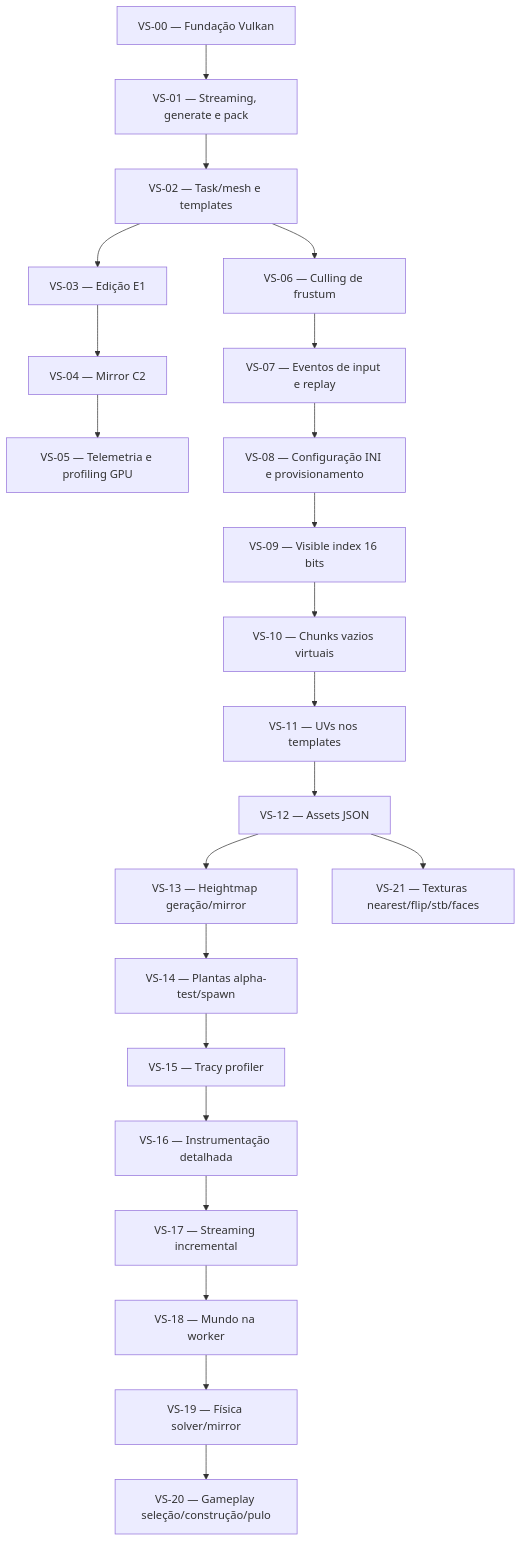
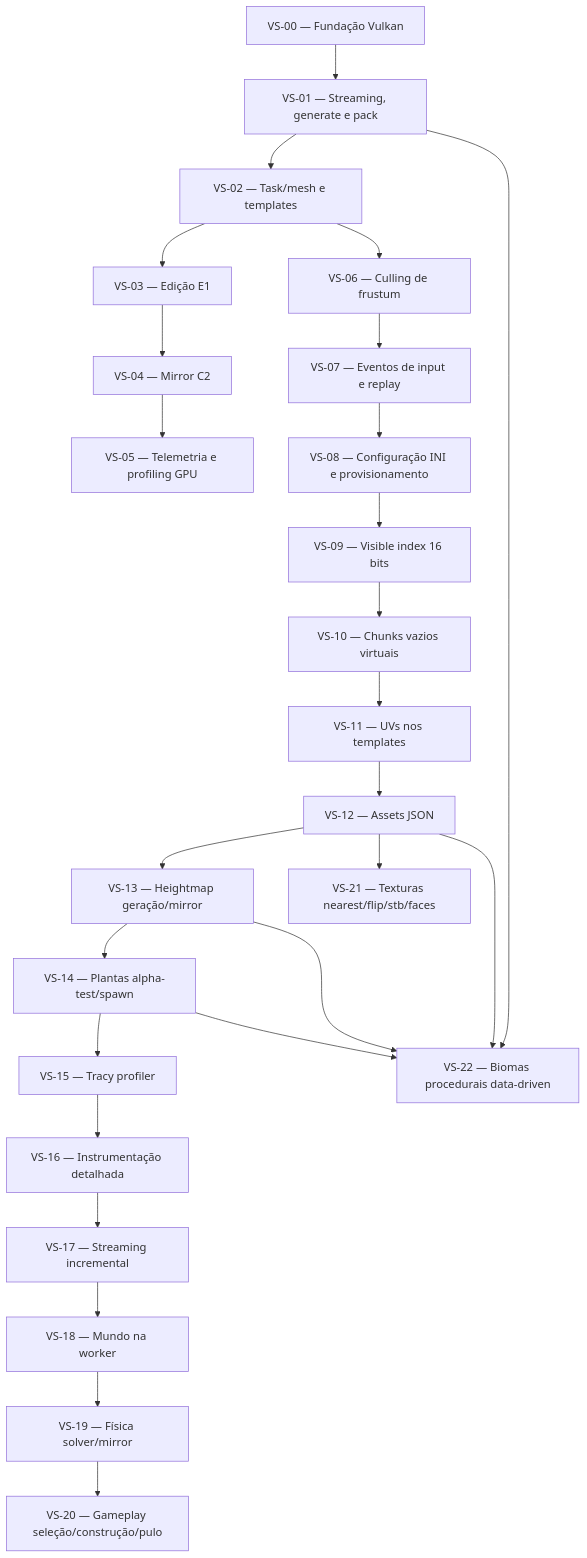
One commit to Ruannilton/vox changed the diagram in docs/obsidian/tracking/dependencias.md. Above: the diagram before and after it, drawn with Mermaid. The commit also changed other lines of this file and 7 other files, not shown here.

Commit message:
VS-22 — Biomas procedurais data-driven: spec elaborada (rascunho) e ADR-B12 registrada como pendente

````diff
--- a/docs/obsidian/tracking/dependencias.md
+++ b/docs/obsidian/tracking/dependencias.md
@@ -7,47 +7,52 @@
 ```mermaid
 graph TD
     VS00[VS-00 — Fundação Vulkan]
     VS01[VS-01 — Streaming, generate e pack]
     VS02[VS-02 — Task/mesh e templates]
     VS03[VS-03 — Edição E1]
     VS04[VS-04 — Mirror C2]
     VS05[VS-05 — Telemetria e profiling GPU]
     VS06[VS-06 — Culling de frustum]
     VS07[VS-07 — Eventos de input e replay]
     VS08[VS-08 — Configuração INI e provisionamento]
     VS09[VS-09 — Visible index 16 bits]
     VS10[VS-10 — Chunks vazios virtuais]
     VS11[VS-11 — UVs nos templates]
     VS12[VS-12 — Assets JSON]
     VS13[VS-13 — Heightmap geração/mirror]
     VS14[VS-14 — Plantas alpha-test/spawn]
     VS15[VS-15 — Tracy profiler]
     VS16[VS-16 — Instrumentação detalhada]
     VS17[VS-17 — Streaming incremental]
     VS18[VS-18 — Mundo na worker]
     VS19[VS-19 — Física solver/mirror]
     VS20[VS-20 — Gameplay seleção/construção/pulo]
     VS21[VS-21 — Texturas nearest/flip/stb/faces]
+    VS22[VS-22 — Biomas procedurais data-driven]
 
     VS00 --> VS01
     VS01 --> VS02
     VS02 --> VS03
     VS03 --> VS04
     VS04 --> VS05
     VS02 --> VS06
     VS06 --> VS07
     VS07 --> VS08
     VS08 --> VS09
     VS09 --> VS10
     VS10 --> VS11
     VS11 --> VS12
     VS12 --> VS13
     VS13 --> VS14
     VS14 --> VS15
     VS15 --> VS16
     VS16 --> VS17
     VS17 --> VS18
     VS18 --> VS19
     VS19 --> VS20
     VS12 --> VS21
+    VS01 --> VS22
+    VS12 --> VS22
+    VS13 --> VS22
+    VS14 --> VS22
 ```
````
